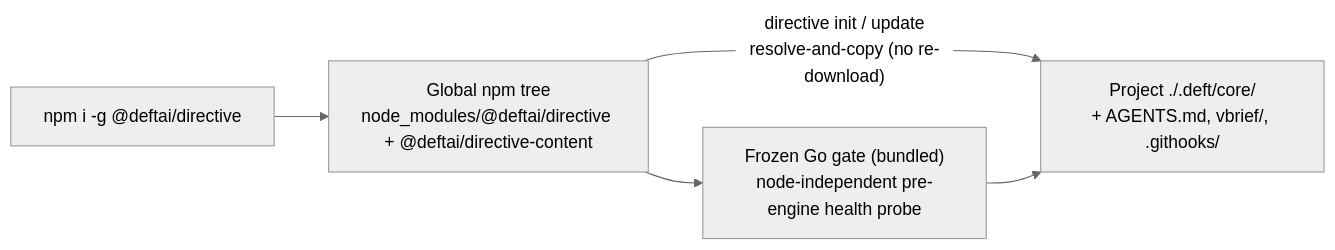
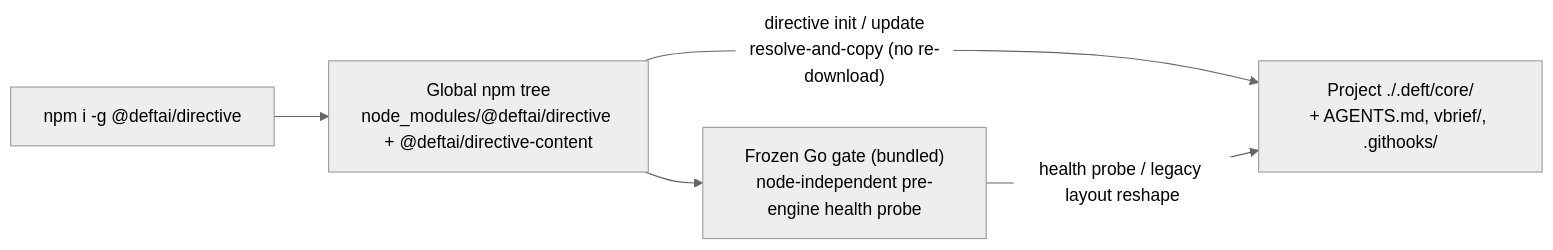
One commit to deftai/directive changed the fourth of 7 diagrams in docs/ARCHITECTURE.md. Above: the diagram before and after it, drawn with Mermaid (neutral theme). The commit also changed 1 other file, not shown here.

Commit message:
fix: address Greptile review findings (batch)
- CHANGELOG: rewrite Unreleased entry to drop inlined file paths/identifiers
  per the #1242 CHANGELOG-style rule (detail belongs in the PR body)
- ARCHITECTURE: label the Go-gate->project Mermaid edge (health probe /
  legacy layout reshape) to disambiguate read vs write

Refs #1669 #1942 #1933

````diff
--- a/docs/ARCHITECTURE.md
+++ b/docs/ARCHITECTURE.md
@@ -111,7 +111,7 @@
 ```mermaid
 flowchart LR
     npm["npm i -g @deftai/directive"] --> Global["Global npm tree<br/>node_modules/@deftai/directive + @deftai/directive-content"]
     Global -->|"directive init / update<br/>resolve-and-copy (no re-download)"| Proj["Project ./.deft/core/<br/>+ AGENTS.md, vbrief/, .githooks/"]
     Global --> Gate["Frozen Go gate (bundled)<br/>node-independent pre-engine health probe"]
-    Gate --> Proj
+    Gate -->|"health probe / legacy layout reshape"| Proj
 ```
````
